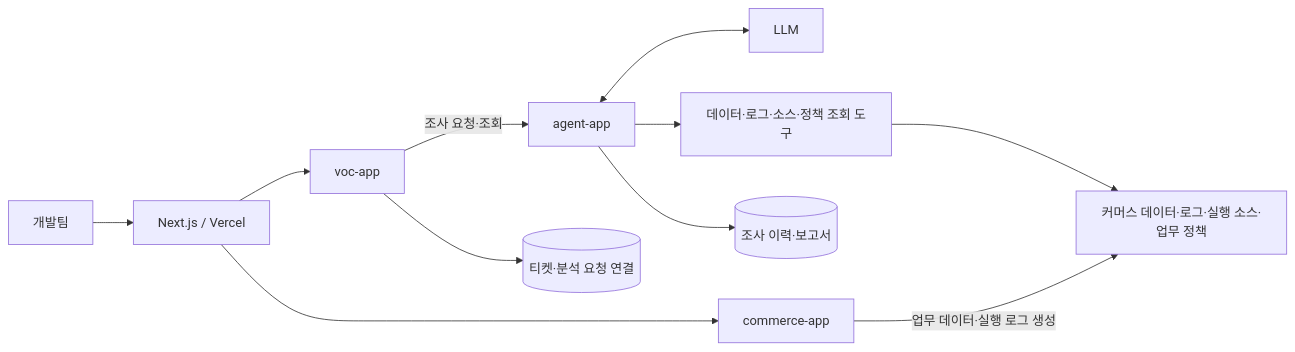
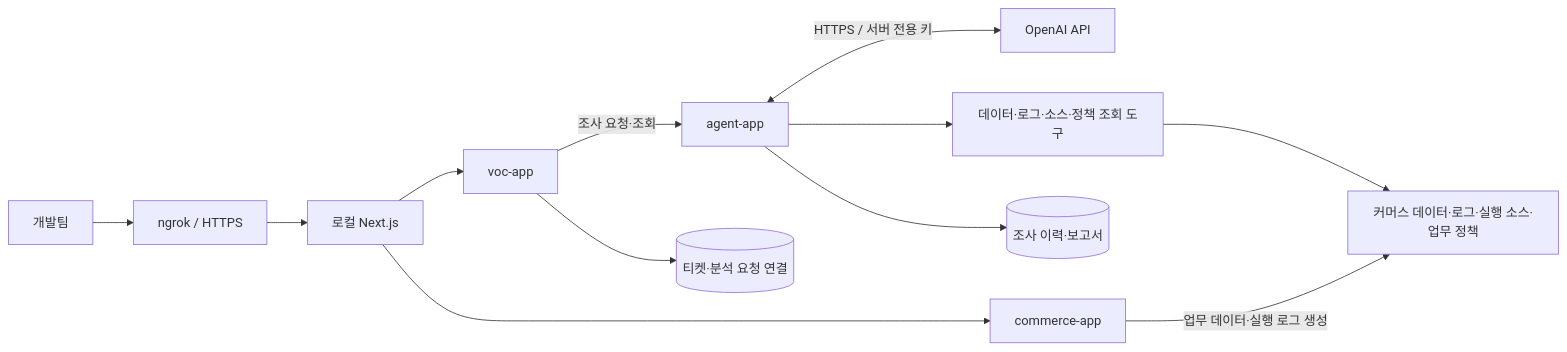
The diagram in docs/hackathon-report.md (sanghyo-lab/jdd), drawn with Mermaid before and after one commit. The commit also changed other lines of this file and 15 other files, not shown here.

````diff
--- a/docs/hackathon-report.md
+++ b/docs/hackathon-report.md
@@ -54,13 +54,14 @@
 ```mermaid
 flowchart LR
-    User[개발팀] --> Web[Next.js / Vercel]
+    User[개발팀] --> Tunnel[ngrok / HTTPS]
+    Tunnel --> Web[로컬 Next.js]
     Web --> VOC[voc-app]
     VOC -->|조사 요청·조회| Agent[agent-app]
     VOC --> Tickets[(티켓·분석 요청 연결)]
-    Agent <--> LLM[LLM]
+    Agent <-->|HTTPS / 서버 전용 키| LLM[OpenAI API]
     Agent --> Tools[데이터·로그·소스·정책 조회 도구]
     Tools --> Evidence[커머스 데이터·로그·실행 소스·업무 정책]
     Agent --> History[(조사 이력·보고서)]
     Web --> Commerce[commerce-app]
     Commerce -->|업무 데이터·실행 로그 생성| Evidence
 ```
````
